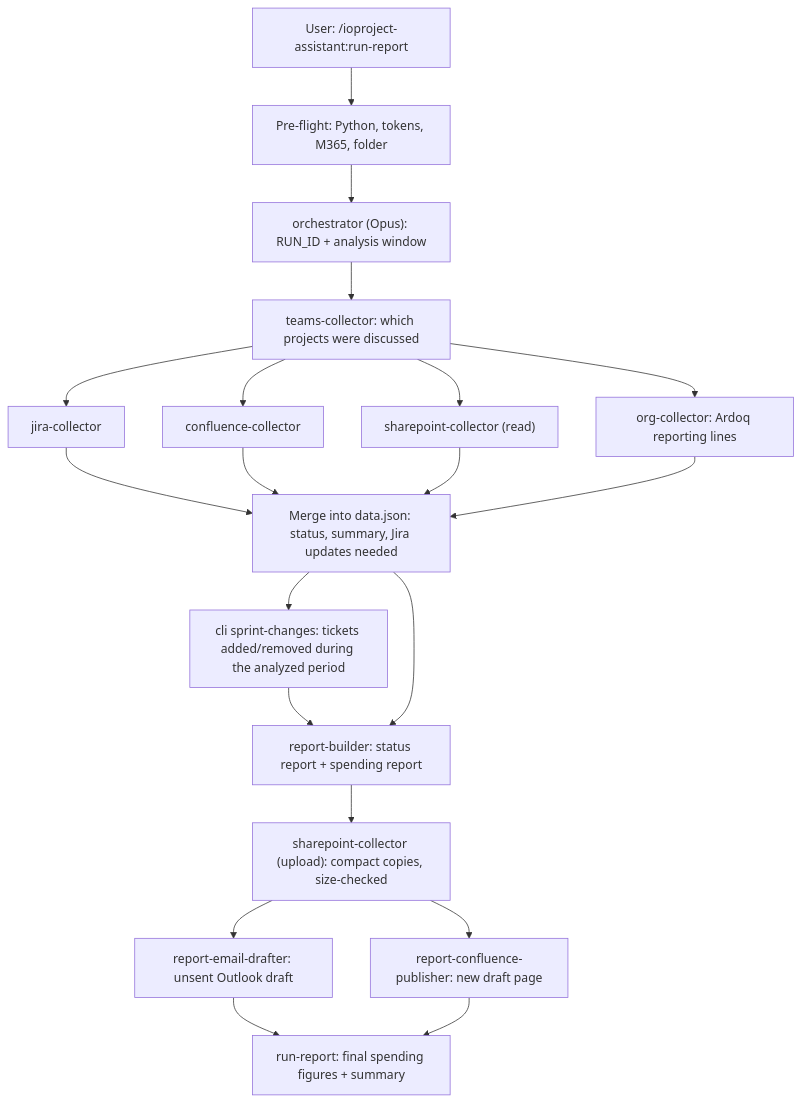
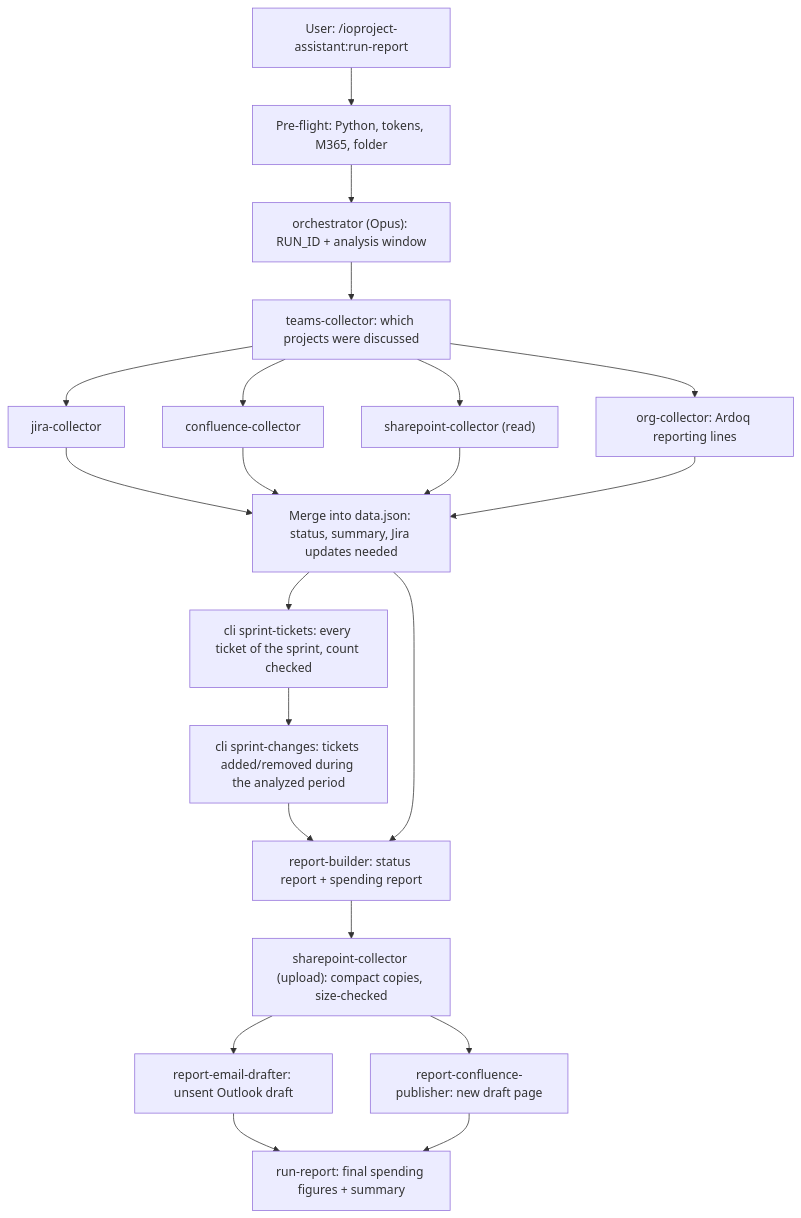
The diagram in docs/PLUGIN_GUIDE.md (ig-kul-sec/ioproject-assistant), drawn with Mermaid before and after one commit. The commit also changed other lines of this file, not shown here.

````diff
--- a/docs/PLUGIN_GUIDE.md
+++ b/docs/PLUGIN_GUIDE.md
@@ -393,22 +397,23 @@
 ```mermaid
 flowchart TD
     U["User: /ioproject-assistant:run-report"] --> PF["Pre-flight: Python, tokens, M365, folder"]
     PF --> O["orchestrator (Opus): RUN_ID + analysis window"]
     O --> T["teams-collector: which projects were discussed"]
     T --> J["jira-collector"]
     T --> C["confluence-collector"]
     T --> S["sharepoint-collector (read)"]
     T --> OC["org-collector: Ardoq reporting lines"]
     J --> M["Merge into data.json: status, summary, Jira updates needed"]
     C --> M
     S --> M
     OC --> M
-    M --> SC["cli sprint-changes: tickets added/removed during the analyzed period"]
+    M --> ST["cli sprint-tickets: every ticket of the sprint, count checked"]
+    ST --> SC["cli sprint-changes: tickets added/removed during the analyzed period"]
     SC --> RB
     M --> RB["report-builder: status report + spending report"]
     RB --> UP["sharepoint-collector (upload): compact copies, size-checked"]
     UP --> E["report-email-drafter: unsent Outlook draft"]
     UP --> CF["report-confluence-publisher: new draft page"]
     E --> F["run-report: final spending figures + summary"]
     CF --> F
 ```
````
